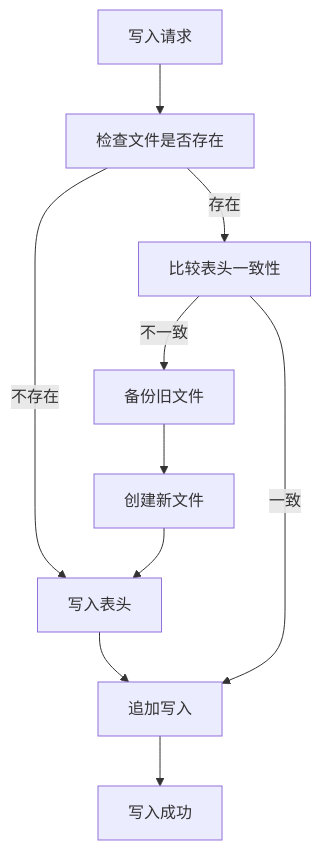
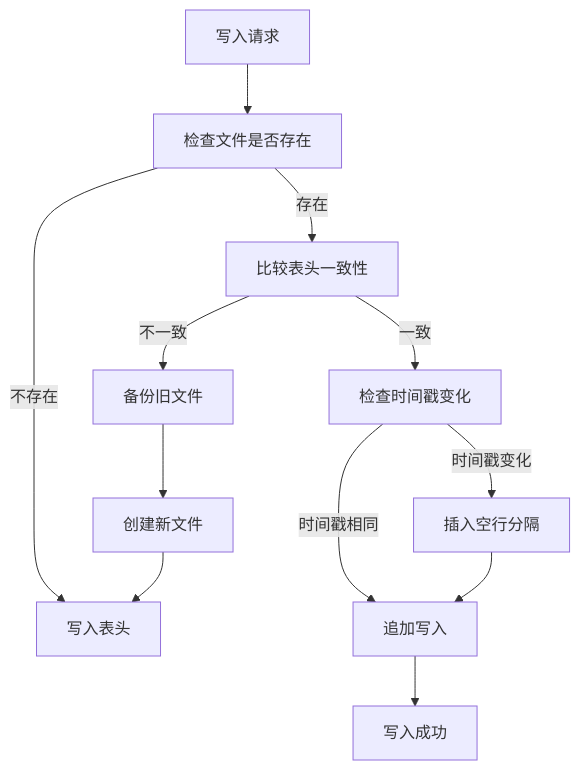
The seventh of 9 diagrams in .qoder/repowiki/zh/content/技术分析系统/CSV日志记录系统.md (dexy1024/fin-analysis), drawn with Mermaid before and after one commit. The commit also changed other lines of this file and 8 other files, not shown here.

````diff
--- a/.qoder/repowiki/zh/content/技术分析系统/CSV日志记录系统.md
+++ b/.qoder/repowiki/zh/content/技术分析系统/CSV日志记录系统.md
@@ -242,12 +290,14 @@
 ```mermaid
 flowchart TD
 WRITE[写入请求] --> CHECK[检查文件是否存在]
 CHECK --> |不存在| HEADER[写入表头]
 CHECK --> |存在| COMPARE[比较表头一致性]
 COMPARE --> |不一致| BACKUP[备份旧文件]
-COMPARE --> |一致| APPEND[追加写入]
+COMPARE --> |一致| CHECK_TIMESTAMP[检查时间戳变化]
 BACKUP --> CREATE[创建新文件]
 CREATE --> HEADER
-HEADER --> APPEND
+CHECK_TIMESTAMP --> |时间戳变化| INSERT_EMPTY_LINE[插入空行分隔]
+CHECK_TIMESTAMP --> |时间戳相同| APPEND[追加写入]
+INSERT_EMPTY_LINE --> APPEND
 APPEND --> SUCCESS[写入成功]
 ```
````
